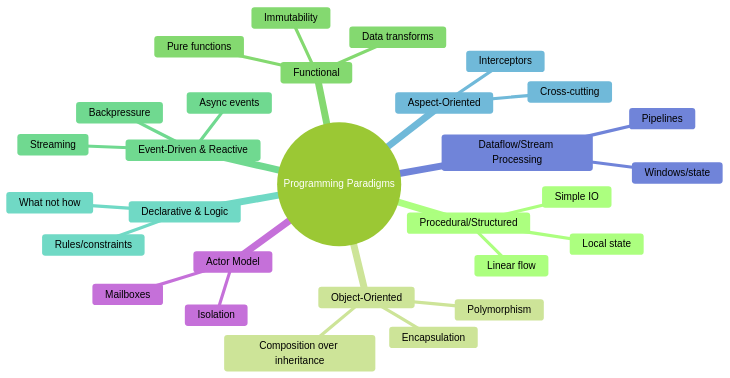
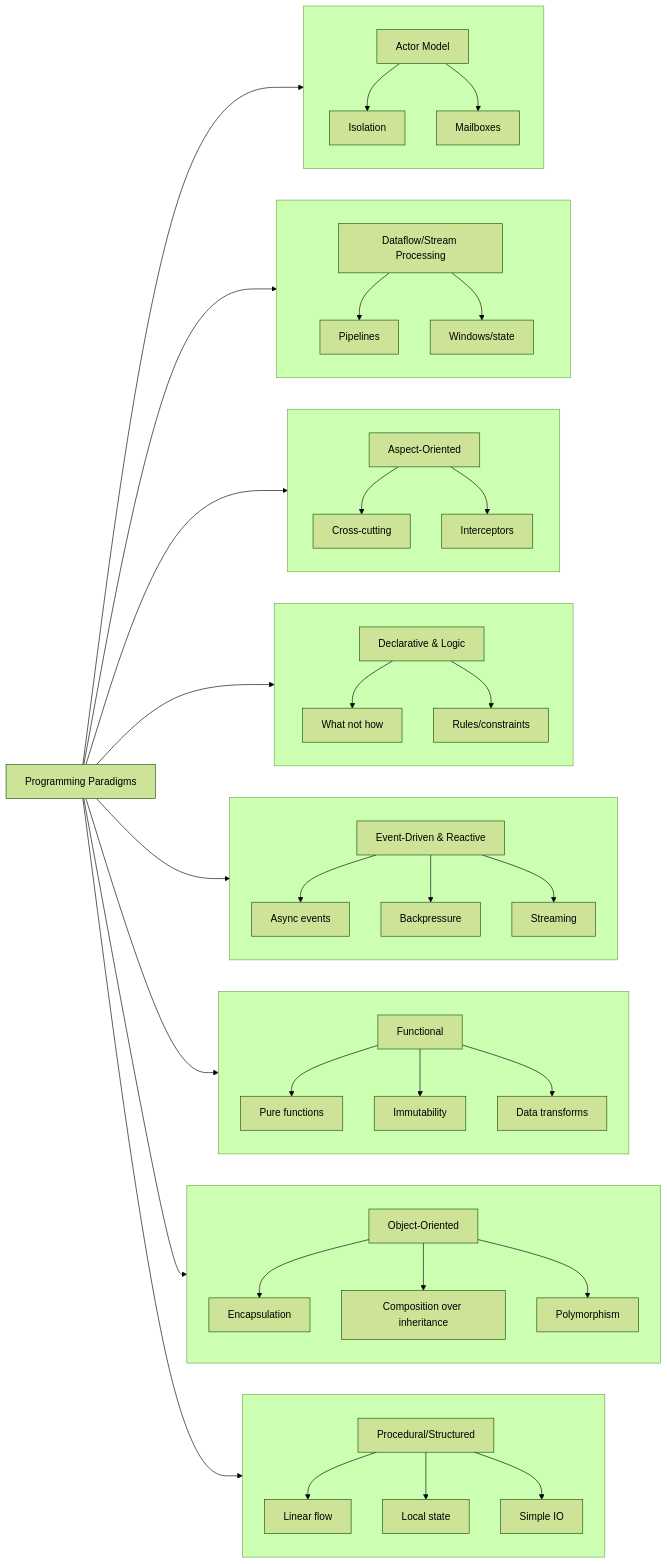
One commit to archman-dev/website changed the diagram in docs/foundational-concepts/programming-paradigms/index.mdx. Above: the diagram before and after it, drawn with Mermaid (forest theme). The commit also changed 16 other files, not shown here.

Commit message:
feat(docs): enhance clarity and detail in authoring rules and foundational concepts

````diff
--- a/docs/foundational-concepts/programming-paradigms/index.mdx
+++ b/docs/foundational-concepts/programming-paradigms/index.mdx
@@ -17,32 +17,58 @@
 ```mermaid
-mindmap
-  root((Programming Paradigms))
-    Procedural/Structured
-      Linear flow
-      Local state
-      Simple IO
-    Object-Oriented
-      Encapsulation
-      Composition over inheritance
-      Polymorphism
-    Functional
-      Pure functions
-      Immutability
-      Data transforms
-    Event-Driven & Reactive
-      Async events
-      Backpressure
-      Streaming
-    Declarative & Logic
-      What not how
-      Rules/constraints
-    Aspect-Oriented
-      Cross-cutting
-      Interceptors
-    Dataflow/Stream Processing
-      Pipelines
-      Windows/state
-    Actor Model
-      Isolation
-      Mailboxes
+flowchart LR
+    Root["Programming Paradigms"]
+    Root --> PS["Procedural/Structured"]
+    Root --> OO["Object-Oriented"]
+    Root --> F["Functional"]
+    Root --> EDR["Event-Driven & Reactive"]
+    Root --> DL["Declarative & Logic"]
+    Root --> AO["Aspect-Oriented"]
+    Root --> DFSP["Dataflow/Stream Processing"]
+    Root --> AM["Actor Model"]
+
+    %% Each category's concepts branch vertically (TB)
+    subgraph Procedural_Structured_TB[" "]
+      direction TB
+      PS --> PS1["Linear flow"]
+      PS --> PS2["Local state"]
+      PS --> PS3["Simple IO"]
+    end
+    subgraph Object_Oriented_TB[" "]
+      direction TB
+      OO --> OO1["Encapsulation"]
+      OO --> OO2["Composition over inheritance"]
+      OO --> OO3["Polymorphism"]
+    end
+    subgraph Functional_TB[" "]
+      direction TB
+      F --> F1["Pure functions"]
+      F --> F2["Immutability"]
+      F --> F3["Data transforms"]
+    end
+    subgraph Event_Driven_Reactive_TB[" "]
+      direction TB
+      EDR --> E1["Async events"]
+      EDR --> E2["Backpressure"]
+      EDR --> E3["Streaming"]
+    end
+    subgraph Declarative_Logic_TB[" "]
+      direction TB
+      DL --> D1["What not how"]
+      DL --> D2["Rules/constraints"]
+    end
+    subgraph Aspect_Oriented_TB[" "]
+      direction TB
+      AO --> A1["Cross-cutting"]
+      AO --> A2["Interceptors"]
+    end
+    subgraph Dataflow_Stream_Processing_TB[" "]
+      direction TB
+      DFSP --> DF1["Pipelines"]
+      DFSP --> DF2["Windows/state"]
+    end
+    subgraph Actor_Model_TB[" "]
+      direction TB
+      AM --> AM1["Isolation"]
+      AM --> AM2["Mailboxes"]
+    end
 ```
````
